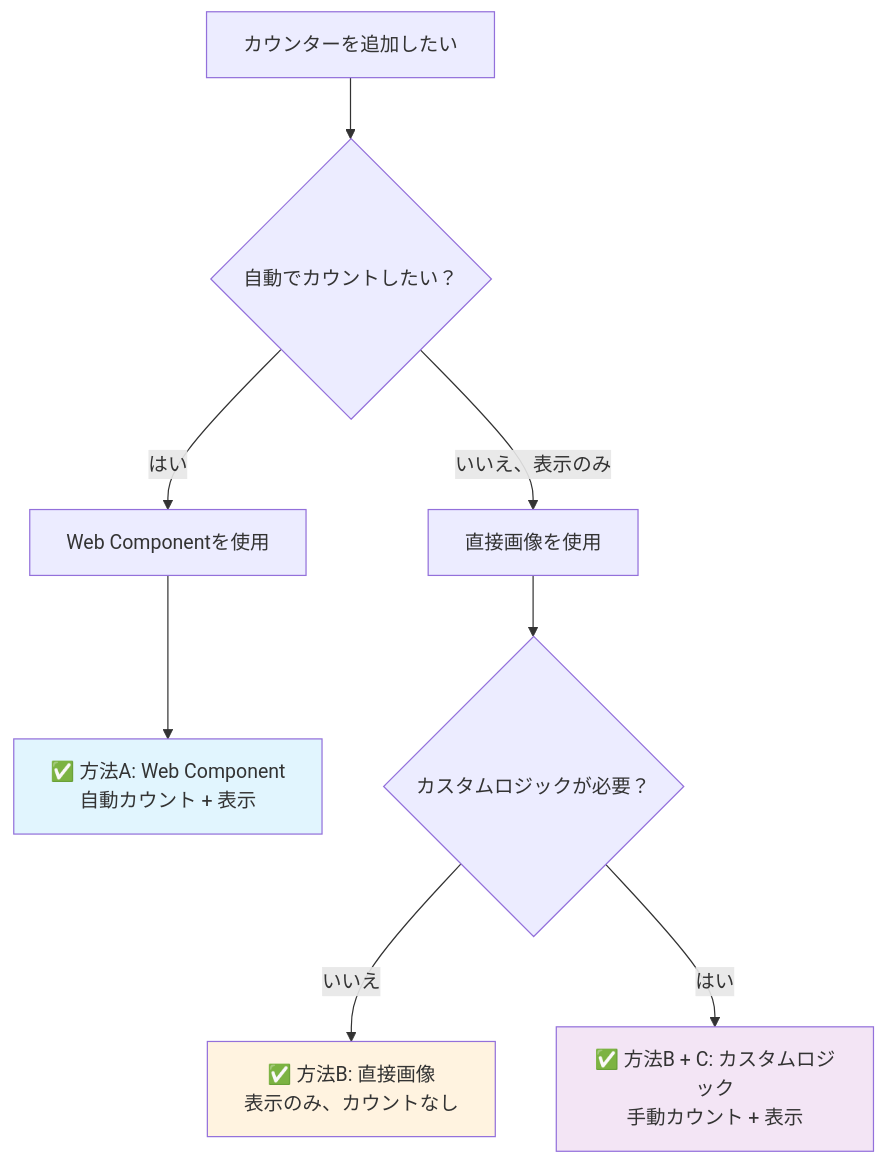
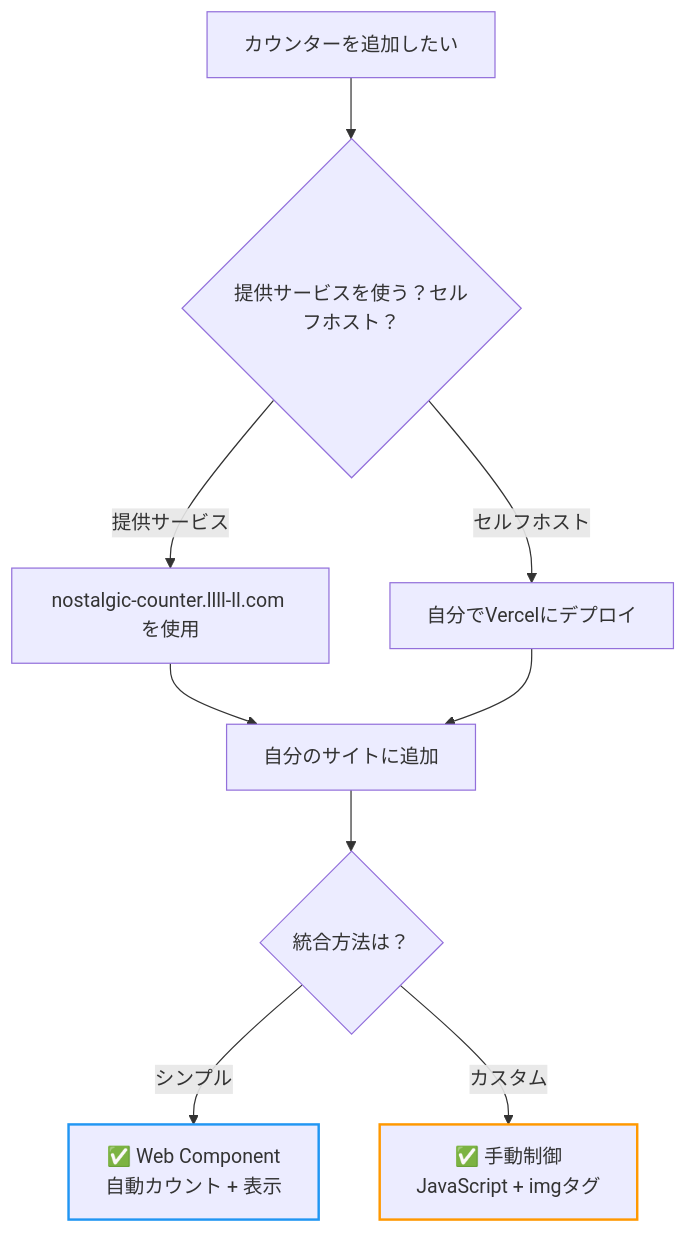
The diagram in README_ja.md (kako-jun/nostalgic), drawn with Mermaid before and after one commit. The commit also changed other lines of this file and 14 other files, not shown here.

First line of the commit message:
Update domain to nostalgic-counter.llll-ll.com and improve documentation

````diff
--- a/README_ja.md
+++ b/README_ja.md
@@ -40,16 +40,16 @@
 ```mermaid
 flowchart TD
-    A[カウンターを追加したい] --> B{自動でカウントしたい？}
-    B -->|はい| C[Web Componentを使用]
-    B -->|いいえ、表示のみ| D[直接画像を使用]
+    A[カウンターを追加したい] --> B{提供サービスを使う？セルフホスト？}
+    B -->|提供サービス| C[nostalgic-counter.llll-ll.com を使用]
+    B -->|セルフホスト| D[自分でVercelにデプロイ]
     
-    C --> E[✅ 方法A: Web Component<br/>自動カウント + 表示]
+    C --> E[自分のサイトに追加]
+    D --> E
     
-    D --> F{カスタムロジックが必要？}
-    F -->|いいえ| G[✅ 方法B: 直接画像<br/>表示のみ、カウントなし]
-    F -->|はい| H[✅ 方法B + C: カスタムロジック<br/>手動カウント + 表示]
+    E --> F{統合方法は？}
+    F -->|シンプル| G[✅ Web Component<br/>自動カウント + 表示]
+    F -->|カスタム| H[✅ 手動制御<br/>JavaScript + imgタグ]
     
-    style E fill:#e1f5fe
-    style G fill:#fff3e0
-    style H fill:#f3e5f5
+    style G stroke:#2196F3,stroke-width:2px
+    style H stroke:#FF9800,stroke-width:2px
 ```
````
